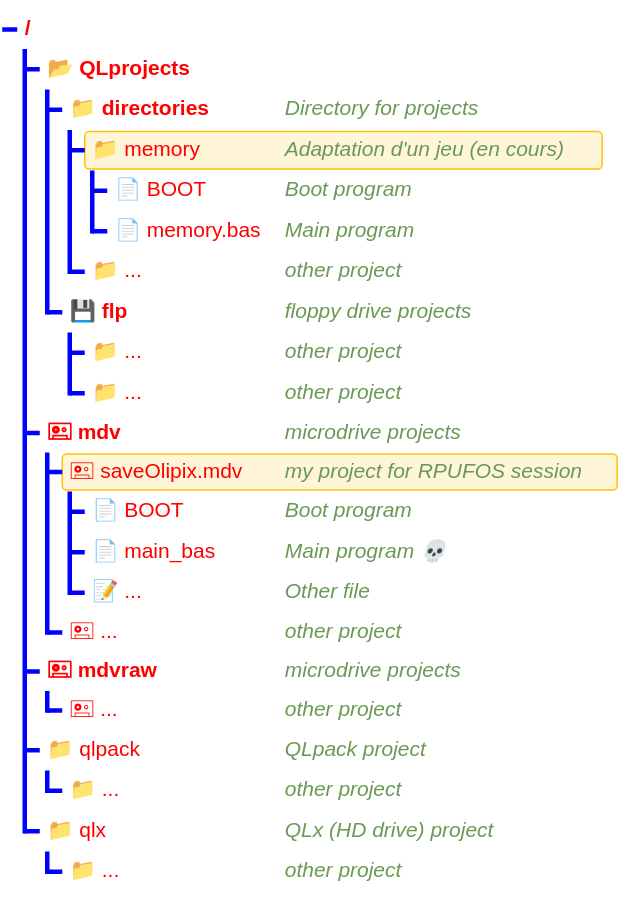
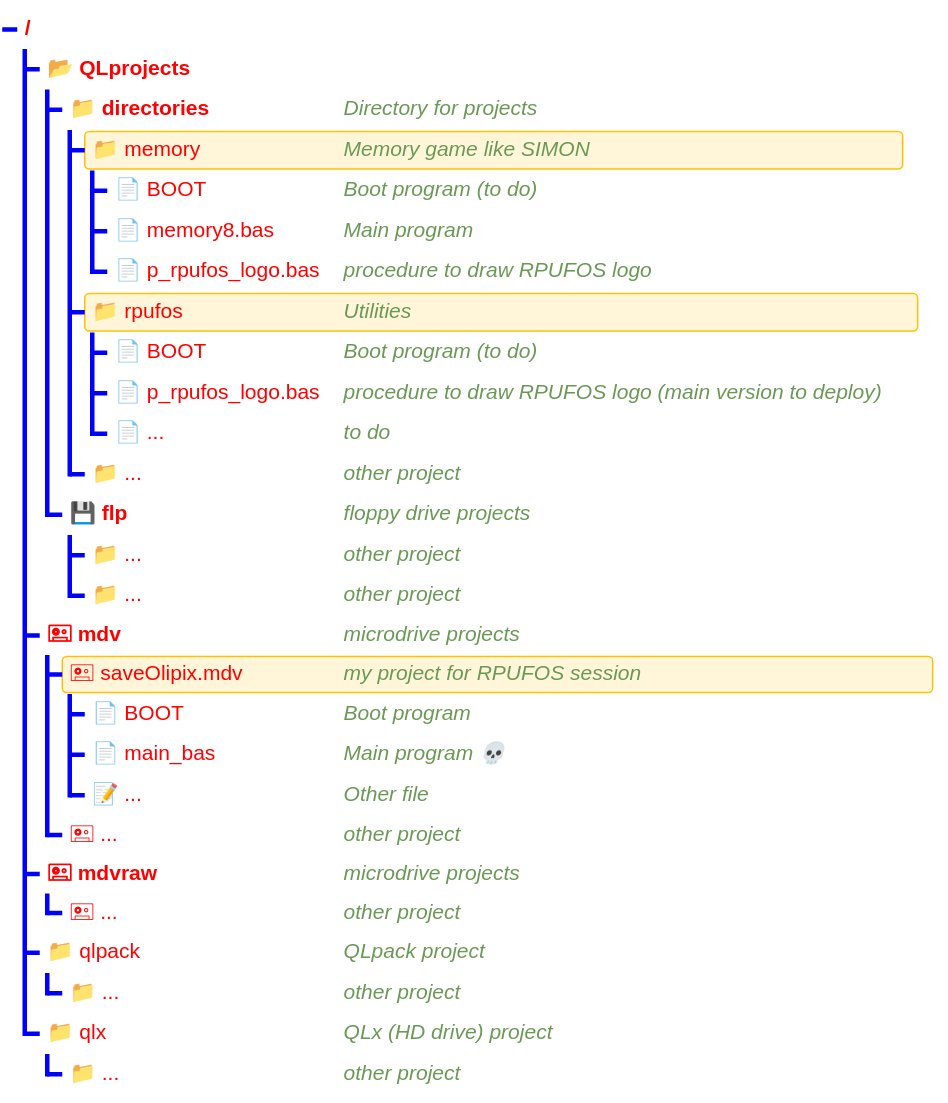
One commit to VFD/SinclairQL changed the diagram in library/programs/ReadMe.md. Above: the diagram before and after it, drawn with Mermaid.

Commit message:
Update ReadMe.md with new project details

````diff
--- a/library/programs/ReadMe.md
+++ b/library/programs/ReadMe.md
@@ -30,36 +30,41 @@
 ```mermaid
 ---
 config:
     treeView:
         lineThickness: 3
     themeVariables:
         treeView:
             labelFontSize: '14px'
             labelColor: '#FF0000'
             lineColor: '#0000FF'
 ---
 
 treeView-beta
     📂 QLprojects/
         📁 directories/						## Directory for projects
-            📁 memory :::highlight				## Adaptation d'un jeu (en cours)
-                📄 BOOT 								## Boot program
-                📄 memory.bas						## Main program
+            📁 memory :::highlight				## Memory game like SIMON
+                📄 BOOT 								## Boot program (to do)
+                📄 memory8.bas						## Main program
+                📄 p_rpufos_logo.bas						## procedure to draw RPUFOS logo
+            📁 rpufos :::highlight				## Utilities
+                📄 BOOT 								## Boot program (to do)
+                📄 p_rpufos_logo.bas						## procedure to draw RPUFOS logo (main version to deploy)
+                📄 ...						## to do
             📁 ...								## other project
         💾 flp/								## floppy drive projects
             📁 ...								## other project
             📁 ...								## other project
 		🖭 mdv/								## microdrive projects
             🖭 saveOlipix.mdv :::highlight		## my project for RPUFOS session
                 📄 BOOT 								## Boot program
                 📄 main_bas							## Main program 💀
                 📝 ...								## Other file
             🖭 ...          			        ## other project
 		🖭 mdvraw/							## microdrive projects
 			🖭 ...          			        ## other project
 		📁 qlpack          			        ## QLpack project
 			📁 ...          			        ## other project
 		📁 qlx          			        ## QLx (HD drive) project
 			📁 ...          			        ## other project
 
 ```
````
